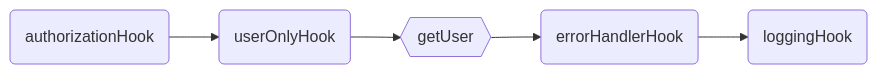
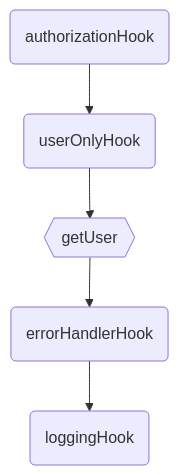
The first of 2 diagrams in packages/router/README.md (MionKit/mion), drawn with Mermaid before and after one commit. The commit also changed other lines of this file and 4 other files, not shown here.

````diff
--- a/packages/router/README.md
+++ b/packages/router/README.md
@@ -187,4 +187,4 @@
 ```mermaid
-graph LR;
+graph TD;
   A(authorizationHook) --> B(userOnlyHook) --> C{{getUser}} --> E(errorHandlerHook) --> D(loggingHook)
 ```
````
